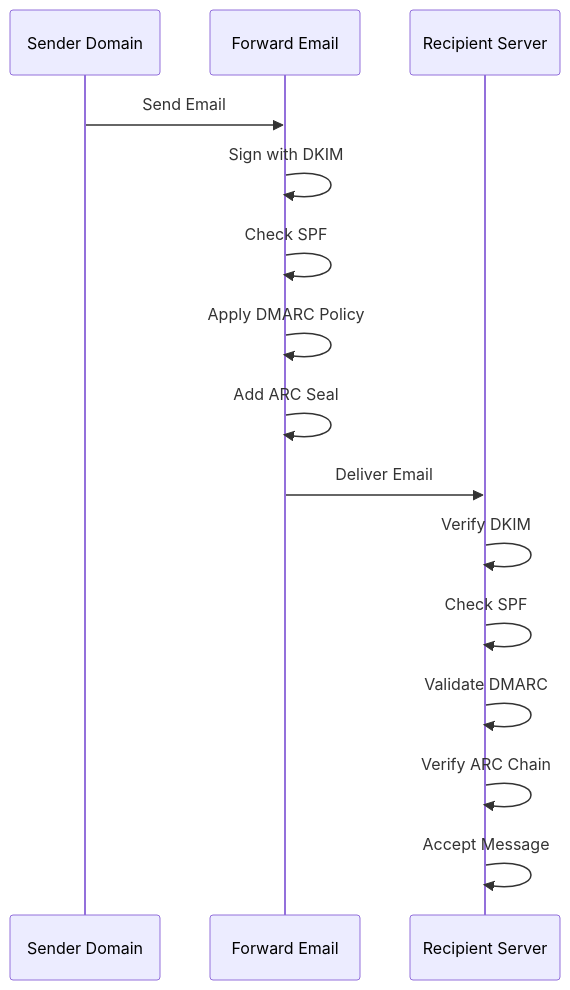
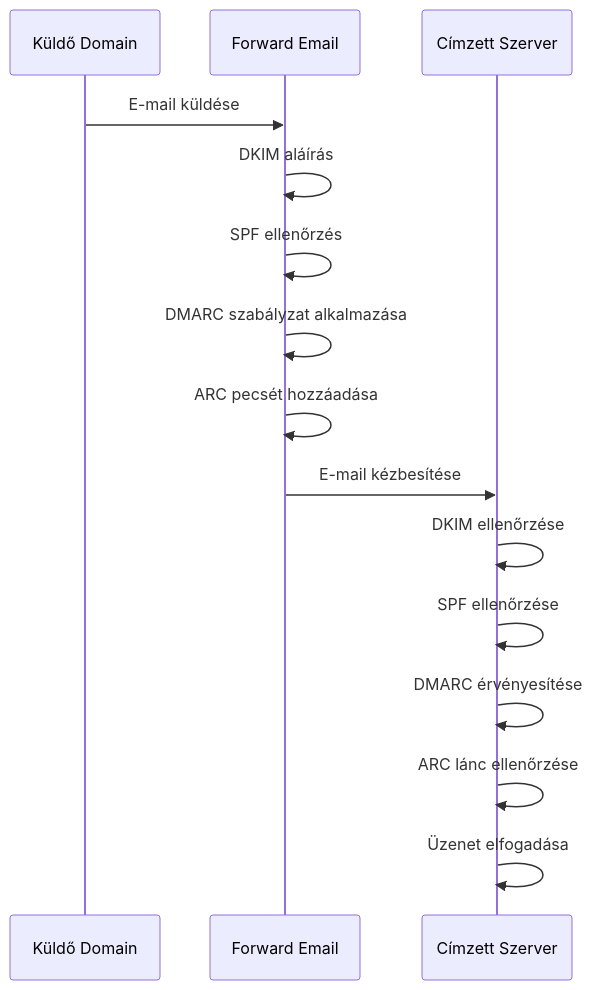
Before and after one commit to forwardemail/forwardemail.net: the fifth of 16 diagrams in app/views/docs/email-protocols-rfc-compliance-imap-smtp-pop3-comparison/index-hu.md, drawn with Mermaid. The commit also changed other lines of this file and 1055 other files, not shown here.

````diff
--- a/app/views/docs/email-protocols-rfc-compliance-imap-smtp-pop3-comparison/index-hu.md
+++ b/app/views/docs/email-protocols-rfc-compliance-imap-smtp-pop3-comparison/index-hu.md
@@ -670,18 +667,18 @@
 ```mermaid
 sequenceDiagram
-    participant Sender as Sender Domain
+    participant Sender as Küldő Domain
     participant FE as Forward Email
-    participant Recipient as Recipient Server
+    participant Recipient as Címzett Szerver
 
-    Sender->>FE: Send Email
-    FE->>FE: Sign with DKIM
-    FE->>FE: Check SPF
-    FE->>FE: Apply DMARC Policy
-    FE->>FE: Add ARC Seal
-    FE->>Recipient: Deliver Email
-    Recipient->>Recipient: Verify DKIM
-    Recipient->>Recipient: Check SPF
-    Recipient->>Recipient: Validate DMARC
-    Recipient->>Recipient: Verify ARC Chain
-    Recipient->>Recipient: Accept Message
+    Sender->>FE: E-mail küldése
+    FE->>FE: DKIM aláírás
+    FE->>FE: SPF ellenőrzés
+    FE->>FE: DMARC szabályzat alkalmazása
+    FE->>FE: ARC pecsét hozzáadása
+    FE->>Recipient: E-mail kézbesítése
+    Recipient->>Recipient: DKIM ellenőrzése
+    Recipient->>Recipient: SPF ellenőrzése
+    Recipient->>Recipient: DMARC érvényesítése
+    Recipient->>Recipient: ARC lánc ellenőrzése
+    Recipient->>Recipient: Üzenet elfogadása
 ```
````
